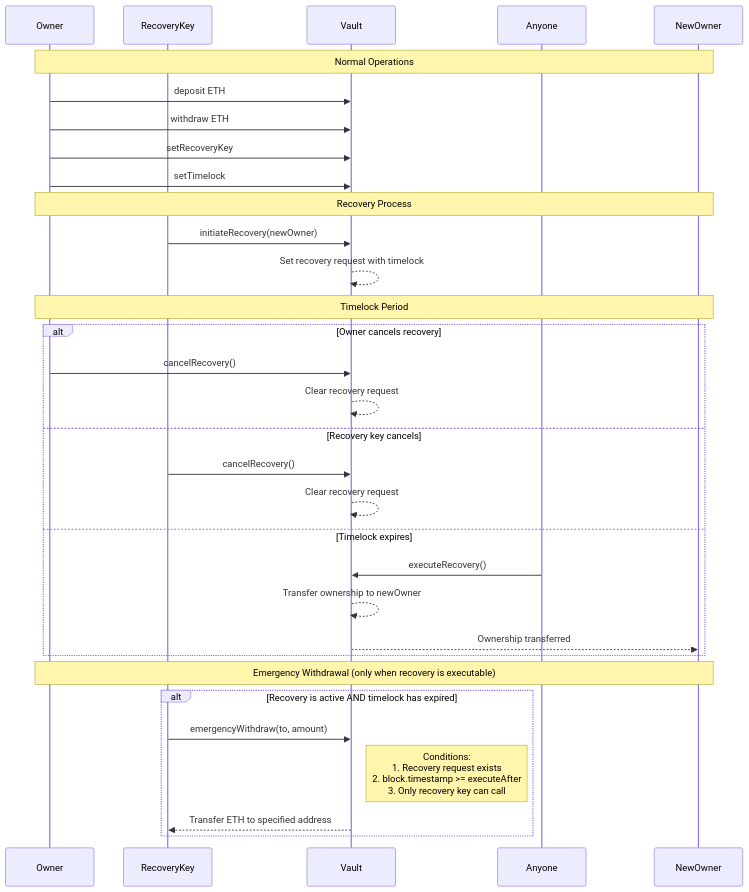
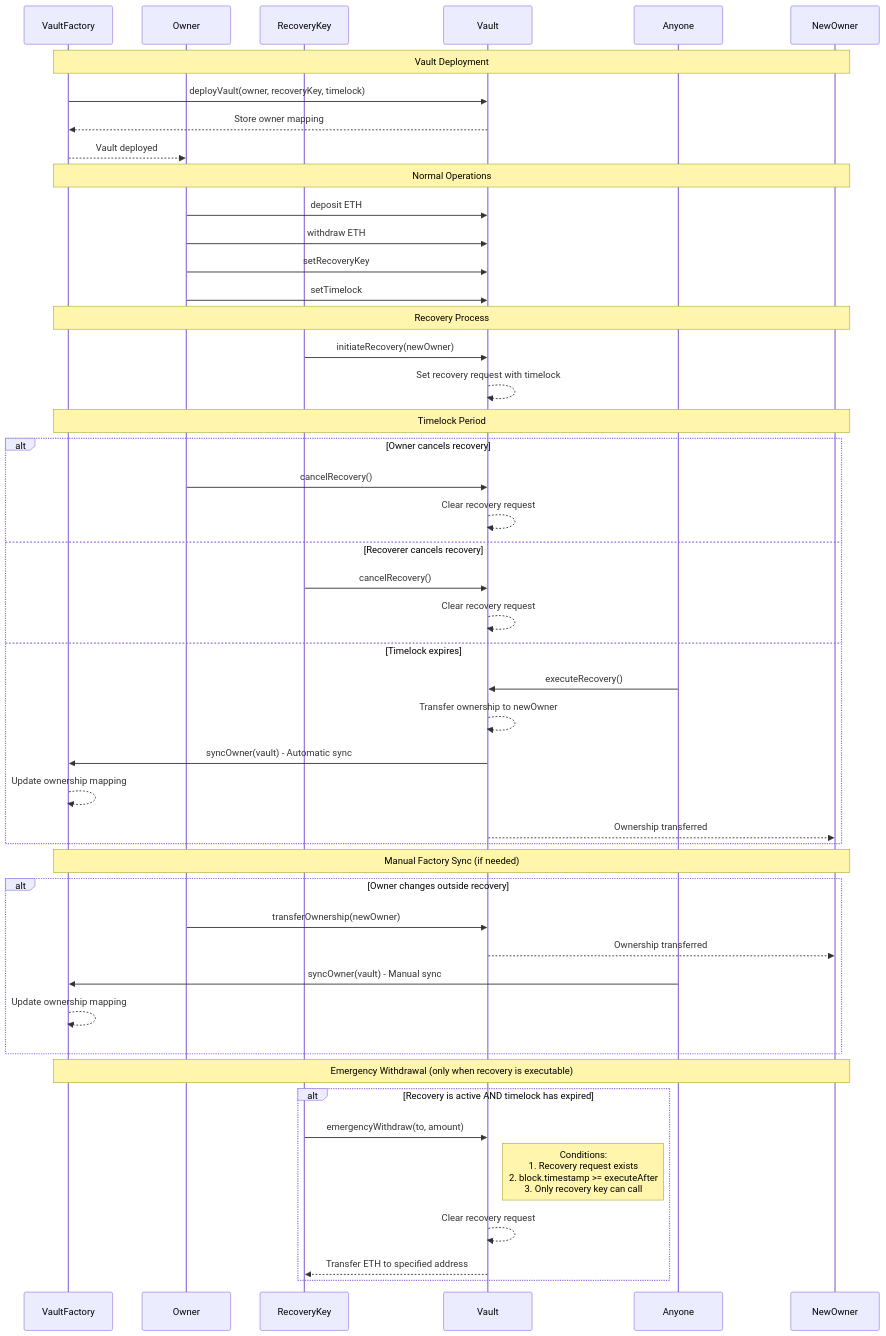
The diagram in README.md (rarimo/demo-recovery-contracts), drawn with Mermaid before and after one commit. The commit also changed other lines of this file and 5 other files, not shown here.

Commit message:
Refactoring. Added sync of ownership

````diff
--- a/README.md
+++ b/README.md
@@ -8,39 +8,56 @@
 ```mermaid
 sequenceDiagram
+    participant Factory as VaultFactory
     participant Owner
     participant RecoveryKey
     participant Vault
     participant Anyone
     participant NewOwner
 
-    Note over Owner,NewOwner: Normal Operations
+    Note over Factory,NewOwner: Vault Deployment
+    Factory->>Vault: deployVault(owner, recoveryKey, timelock)
+    Vault-->>Factory: Store owner mapping
+    Factory-->>Owner: Vault deployed
+
+    Note over Factory,NewOwner: Normal Operations
     Owner->>Vault: deposit ETH
     Owner->>Vault: withdraw ETH
     Owner->>Vault: setRecoveryKey
     Owner->>Vault: setTimelock
 
-    Note over Owner,NewOwner: Recovery Process
+    Note over Factory,NewOwner: Recovery Process
     RecoveryKey->>Vault: initiateRecovery(newOwner)
     Vault-->>Vault: Set recovery request with timelock
     
-    Note over Owner,NewOwner: Timelock Period
+    Note over Factory,NewOwner: Timelock Period
     
     alt Owner cancels recovery
         Owner->>Vault: cancelRecovery()
         Vault-->>Vault: Clear recovery request
-    else Recovery key cancels
+    else Recoverer cancels recovery
         RecoveryKey->>Vault: cancelRecovery()
         Vault-->>Vault: Clear recovery request
     else Timelock expires
         Anyone->>Vault: executeRecovery()
         Vault-->>Vault: Transfer ownership to newOwner
+        Vault->>Factory: syncOwner(vault) - Automatic sync
+        Factory-->>Factory: Update ownership mapping
         Vault-->>NewOwner: Ownership transferred
     end
 
-    Note over Owner,NewOwner: Emergency Withdrawal (only when recovery is executable)
+    Note over Factory,NewOwner: Manual Factory Sync (if needed)
+    alt Owner changes outside recovery
+        Owner->>Vault: transferOwnership(newOwner)
+        Vault-->>NewOwner: Ownership transferred
+        Anyone->>Factory: syncOwner(vault) - Manual sync
+        Factory-->>Factory: Update ownership mapping
+    end
+
+    Note over Factory,NewOwner: Emergency Withdrawal (only when recovery is executable)
     alt Recovery is active AND timelock has expired
         RecoveryKey->>Vault: emergencyWithdraw(to, amount)
         Note right of Vault: Conditions:<br/>1. Recovery request exists<br/>2. block.timestamp >= executeAfter<br/>3. Only recovery key can call
+        Vault-->>Vault: Clear recovery request
         Vault-->>RecoveryKey: Transfer ETH to specified address
     end
 ```
````
